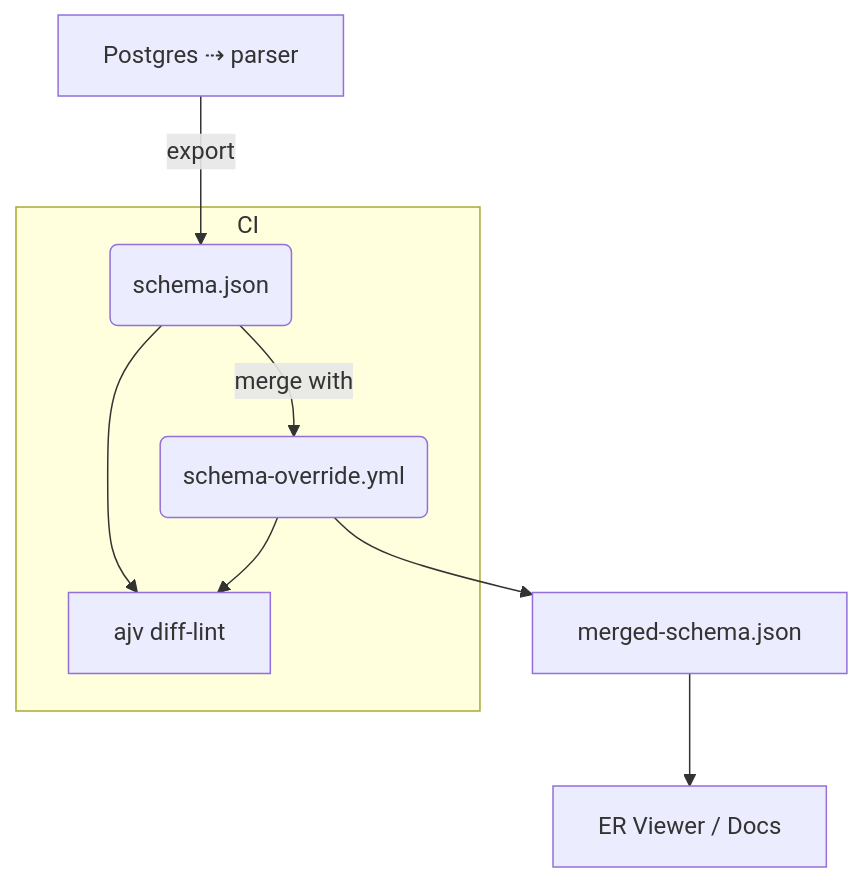
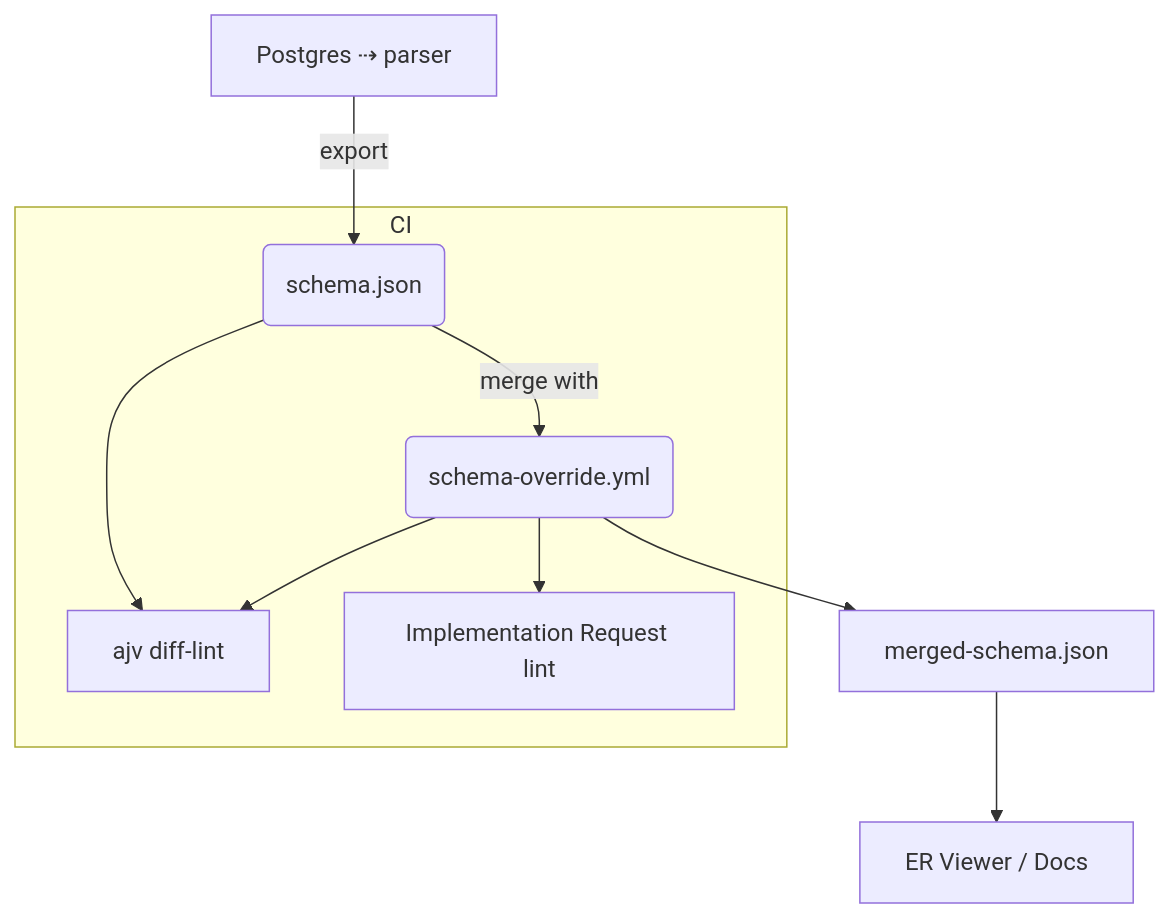
The diagram in spec.md (liam-hq/liam), drawn with Mermaid before and after one commit. The commit also changed other lines of this file, not shown here.

````diff
--- a/spec.md
+++ b/spec.md
@@ -33,11 +38,12 @@
 ```mermaid
 flowchart TD
   A[Postgres ⇢ parser] -->|export| B(schema.json)
   B -->|merge with| C(schema‑override.yml)
   C --> D[merged‑schema.json]
   D --> E[ER Viewer / Docs]
   subgraph CI
     B --> F[ajv diff‑lint]
     C --> F
+    C --> G[Implementation Request lint]
   end
 ```
````
